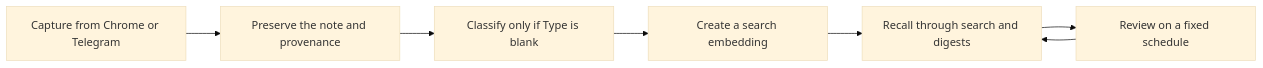
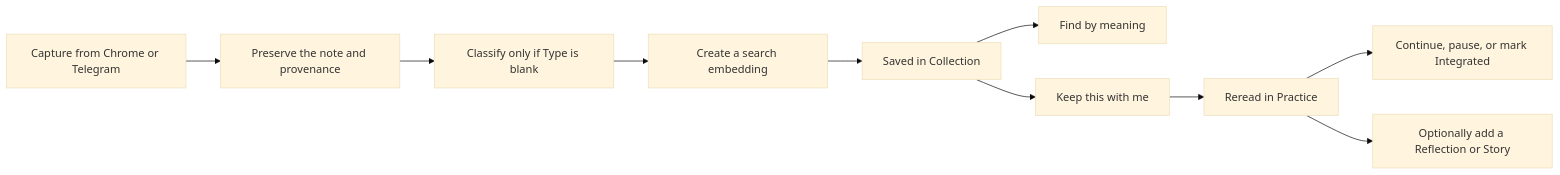
The diagram in README.md (snepraj2709/novah), drawn with Mermaid (base theme) before and after one commit. The commit also changed other lines of this file and 17 other files, not shown here.

````diff
--- a/README.md
+++ b/README.md
@@ -25,9 +25,12 @@
 ```mermaid
 flowchart LR
     A["Capture from Chrome or Telegram"] --> B["Preserve the note and provenance"]
     B --> C["Classify only if Type is blank"]
     C --> D["Create a search embedding"]
-    D --> E["Recall through search and digests"]
-    E --> F["Review on a fixed schedule"]
-    F --> E
+    D --> E["Saved in Collection"]
+    E --> F["Find by meaning"]
+    E --> G["Keep this with me"]
+    G --> H["Reread in Practice"]
+    H --> I["Continue, pause, or mark Integrated"]
+    H --> J["Optionally add a Reflection or Story"]
 ```
````
